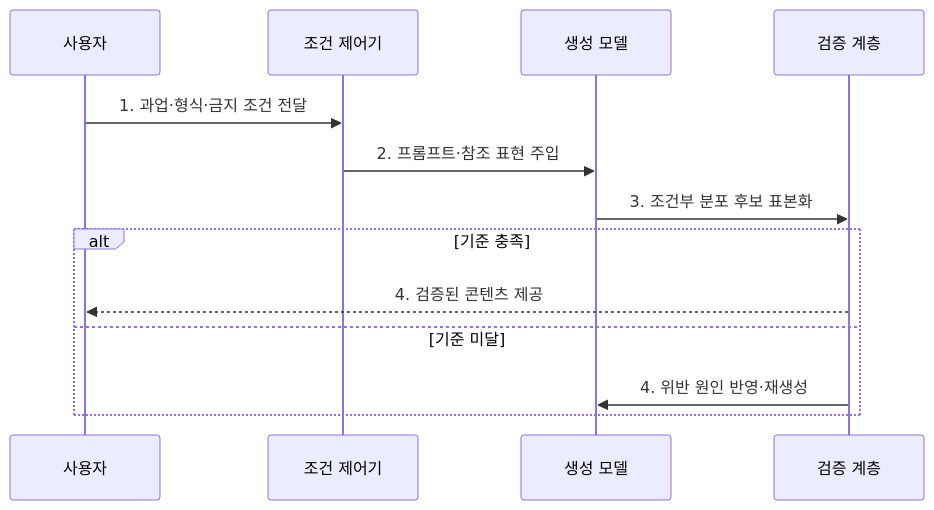
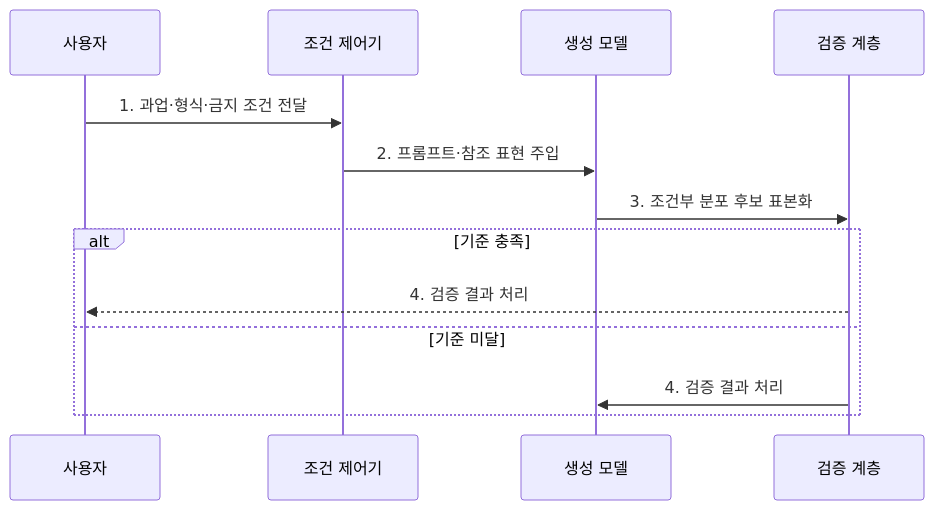
The second of 2 diagrams in src/content/docs/notes/08-latest-tech/025_generative_ai.md (agnusdei1207/knowledge-base), drawn with Mermaid before and after one commit. The commit also changed other lines of this file and 59 other files, not shown here.

````diff
--- a/src/content/docs/notes/08-latest-tech/025_generative_ai.md
+++ b/src/content/docs/notes/08-latest-tech/025_generative_ai.md
@@ -74,15 +74,15 @@
 ```mermaid
 sequenceDiagram
     participant U as 사용자
     participant C as 조건 제어기
     participant M as 생성 모델
     participant V as 검증 계층
     U->>C: 1. 과업·형식·금지 조건 전달
     C->>M: 2. 프롬프트·참조 표현 주입
     M->>V: 3. 조건부 분포 후보 표본화
     alt 기준 충족
-        V-->>U: 4. 검증된 콘텐츠 제공
+        V-->>U: 4. 검증 결과 처리
     else 기준 미달
-        V->>M: 4. 위반 원인 반영·재생성
+        V->>M: 4. 검증 결과 처리
     end
 ```
````
